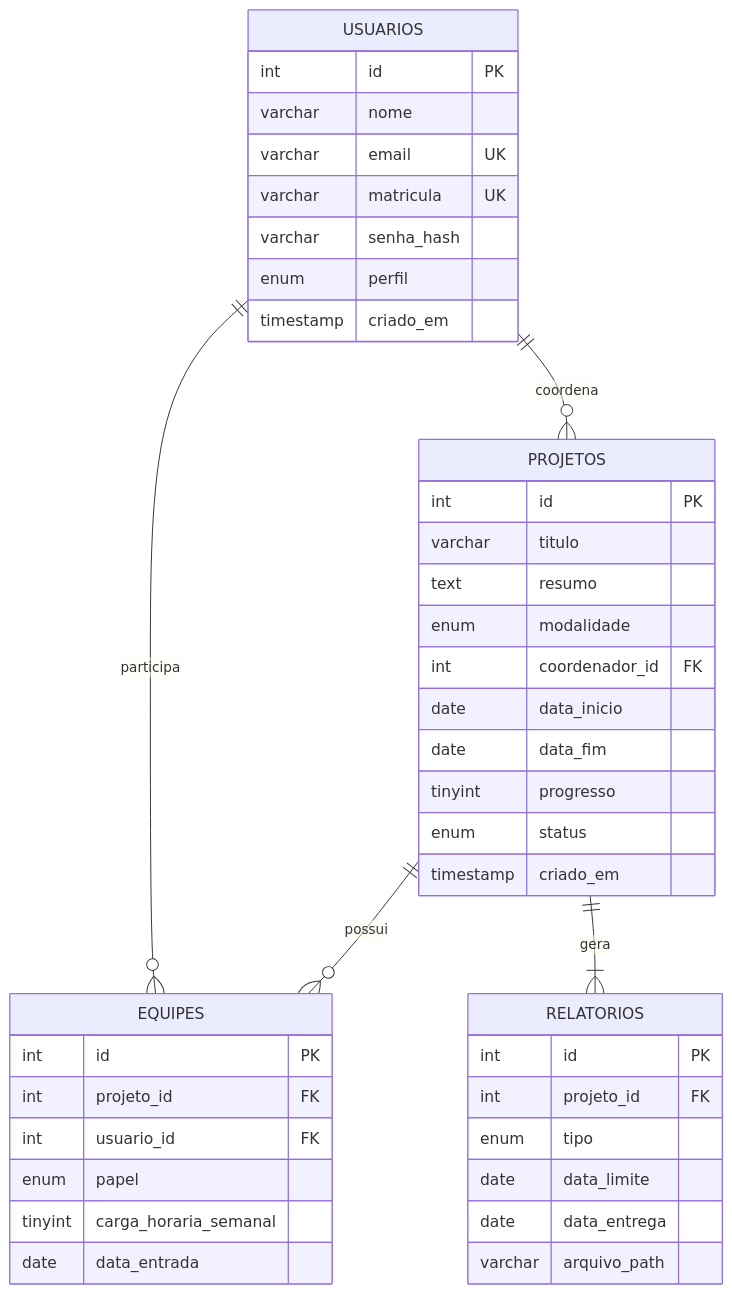
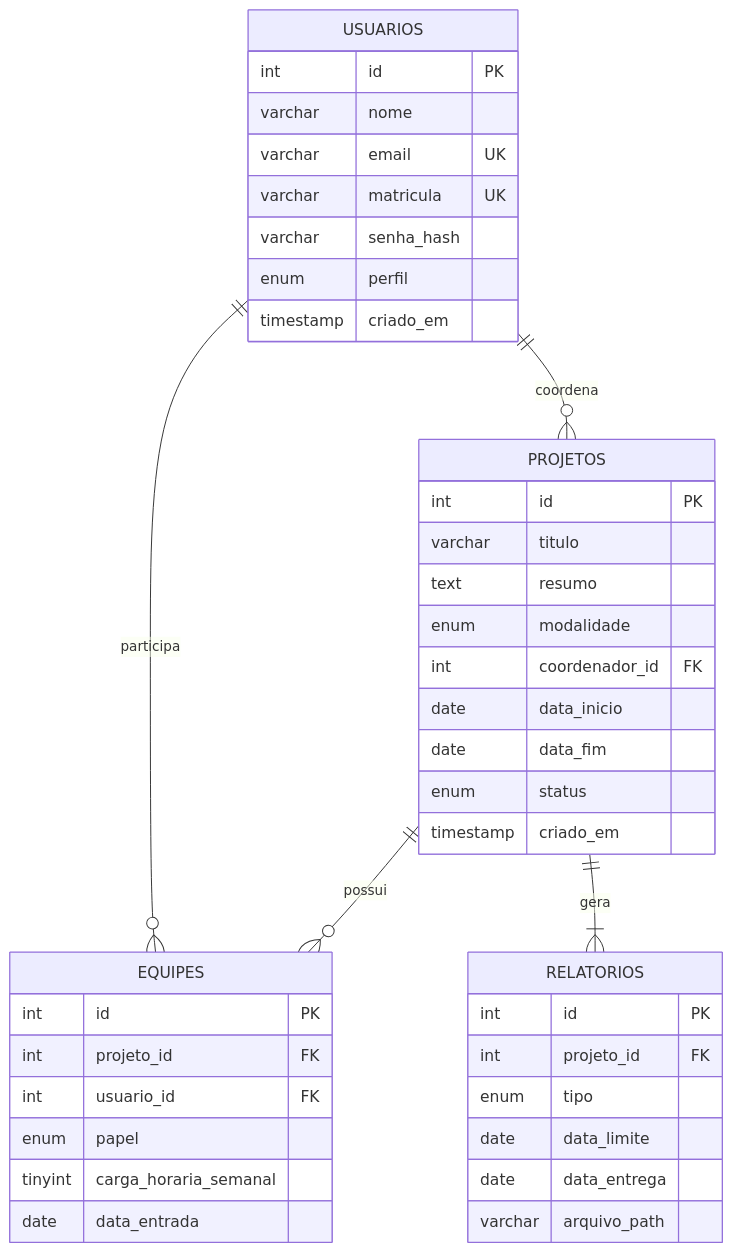
One commit to davilucs-dotcom/gestao-projeto changed the diagram in docs/modelagem.md. Above: the diagram before and after it, drawn with Mermaid. The commit also changed other lines of this file and 25 other files, not shown here.

````diff
--- a/docs/modelagem.md
+++ b/docs/modelagem.md
@@ -43,48 +43,47 @@
 ```mermaid
 erDiagram
     USUARIOS ||--o{ PROJETOS : coordena
     USUARIOS ||--o{ EQUIPES : participa
     PROJETOS ||--o{ EQUIPES : possui
     PROJETOS ||--|{ RELATORIOS : gera
 
     USUARIOS {
         int id PK
         varchar nome
         varchar email UK
         varchar matricula UK
         varchar senha_hash
         enum perfil
         timestamp criado_em
     }
 
     PROJETOS {
         int id PK
         varchar titulo
         text resumo
         enum modalidade
         int coordenador_id FK
         date data_inicio
         date data_fim
-        tinyint progresso
         enum status
         timestamp criado_em
     }
 
     EQUIPES {
         int id PK
         int projeto_id FK
         int usuario_id FK
         enum papel
         tinyint carga_horaria_semanal
         date data_entrada
     }
 
     RELATORIOS {
         int id PK
         int projeto_id FK
         enum tipo
         date data_limite
         date data_entrega
         varchar arquivo_path
     }
 ```
````
